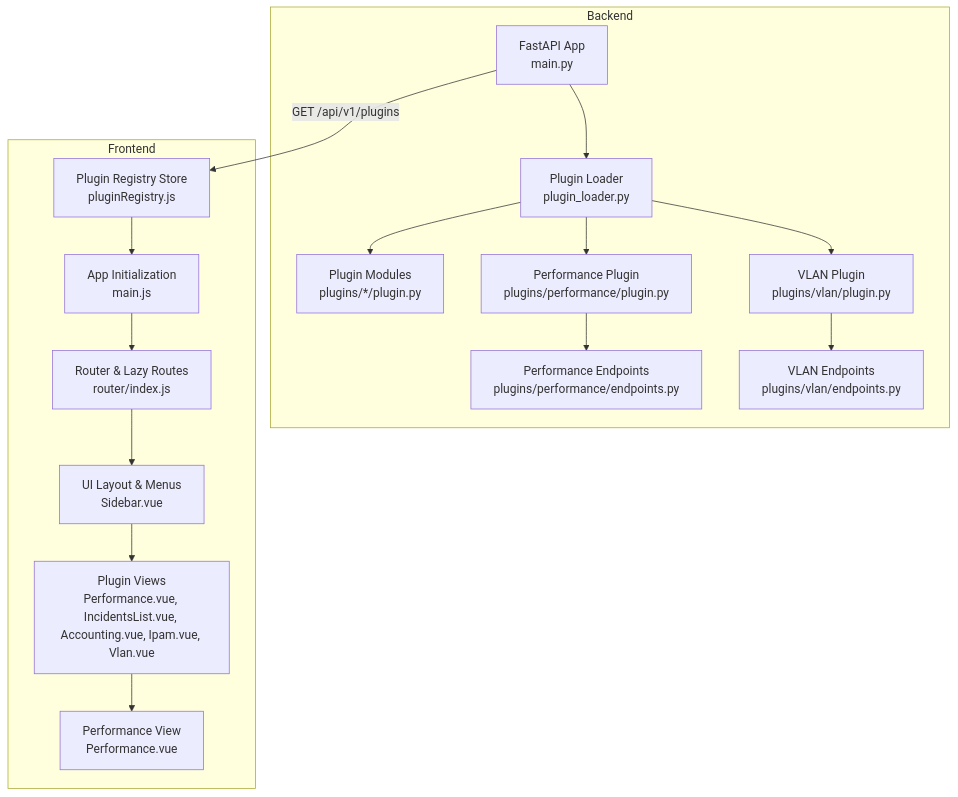
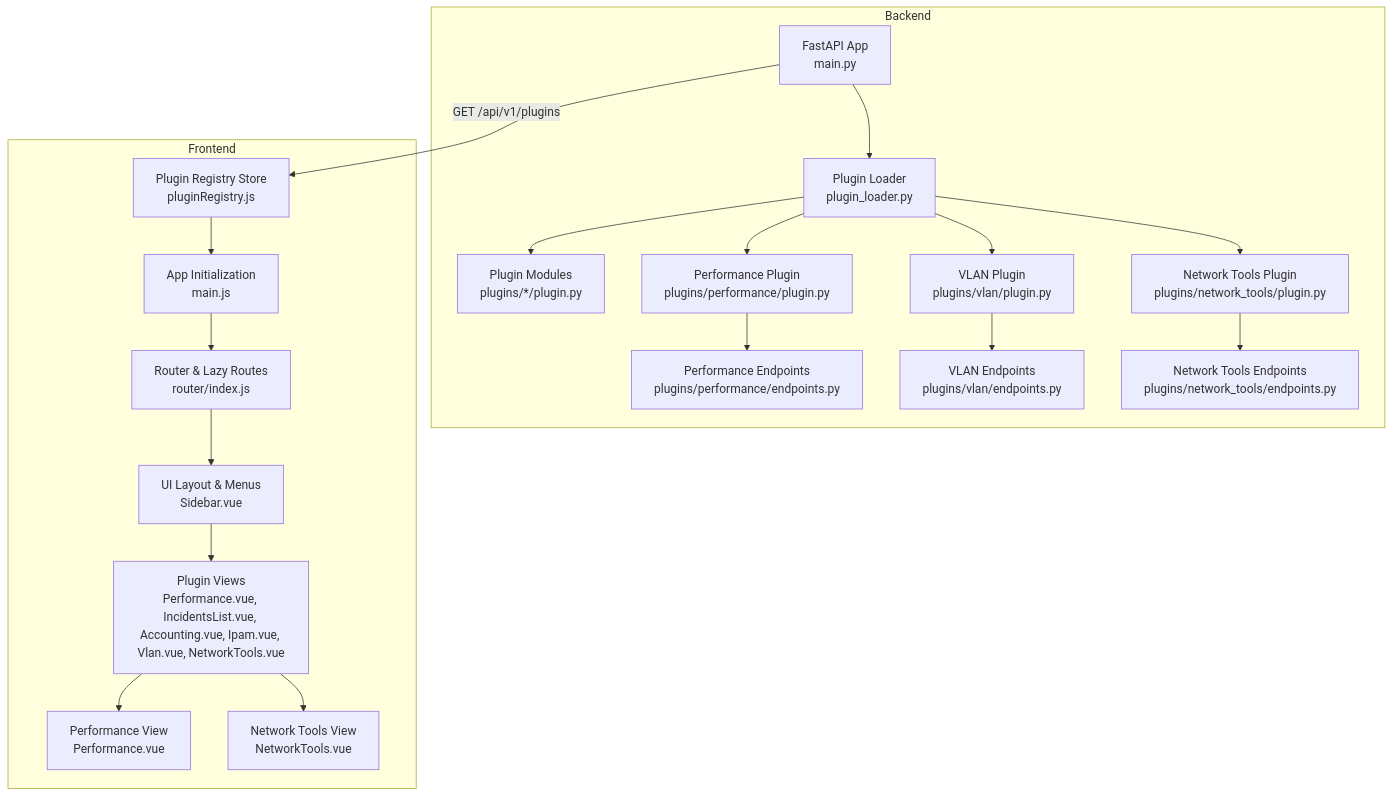
One commit to Nikita5543/New-SSO-02 changed the first of 11 diagrams in .qoder/repowiki/en/content/Plugin System Architecture/Frontend Plugin Integration.md. Above: the diagram before and after it, drawn with Mermaid. The commit also changed other lines of this file and 6 other files, not shown here.

````diff
--- a/.qoder/repowiki/en/content/Plugin System Architecture/Frontend Plugin Integration.md
+++ b/.qoder/repowiki/en/content/Plugin System Architecture/Frontend Plugin Integration.md
@@ -61,32 +63,38 @@
 ```mermaid
 graph TB
 subgraph "Backend"
 A["FastAPI App<br/>main.py"]
 B["Plugin Loader<br/>plugin_loader.py"]
 C["Plugin Modules<br/>plugins/*/plugin.py"]
 D["Performance Plugin<br/>plugins/performance/plugin.py"]
 E["Performance Endpoints<br/>plugins/performance/endpoints.py"]
 F["VLAN Plugin<br/>plugins/vlan/plugin.py"]
 G["VLAN Endpoints<br/>plugins/vlan/endpoints.py"]
+H["Network Tools Plugin<br/>plugins/network_tools/plugin.py"]
+I["Network Tools Endpoints<br/>plugins/network_tools/endpoints.py"]
 end
 subgraph "Frontend"
-H["Plugin Registry Store<br/>pluginRegistry.js"]
-I["App Initialization<br/>main.js"]
-J["Router & Lazy Routes<br/>router/index.js"]
-K["UI Layout & Menus<br/>Sidebar.vue"]
-L["Plugin Views<br/>Performance.vue, IncidentsList.vue, Accounting.vue, Ipam.vue, Vlan.vue"]
-M["Performance View<br/>Performance.vue"]
+J["Plugin Registry Store<br/>pluginRegistry.js"]
+K["App Initialization<br/>main.js"]
+L["Router & Lazy Routes<br/>router/index.js"]
+M["UI Layout & Menus<br/>Sidebar.vue"]
+N["Plugin Views<br/>Performance.vue, IncidentsList.vue, Accounting.vue, Ipam.vue, Vlan.vue, NetworkTools.vue"]
+O["Performance View<br/>Performance.vue"]
+P["Network Tools View<br/>NetworkTools.vue"]
 end
 A --> B
 B --> C
 B --> D
 D --> E
 B --> F
 F --> G
-A --> |"GET /api/v1/plugins"| H
+B --> H
 H --> I
-I --> J
+A --> |"GET /api/v1/plugins"| J
 J --> K
 K --> L
 L --> M
+M --> N
+N --> O
+N --> P
 ```
````
